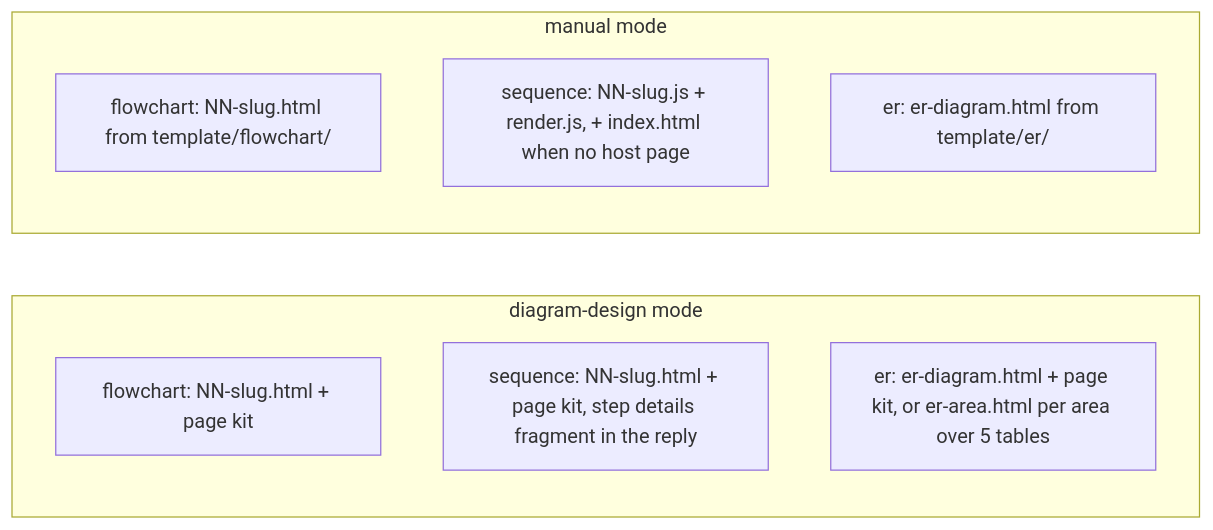
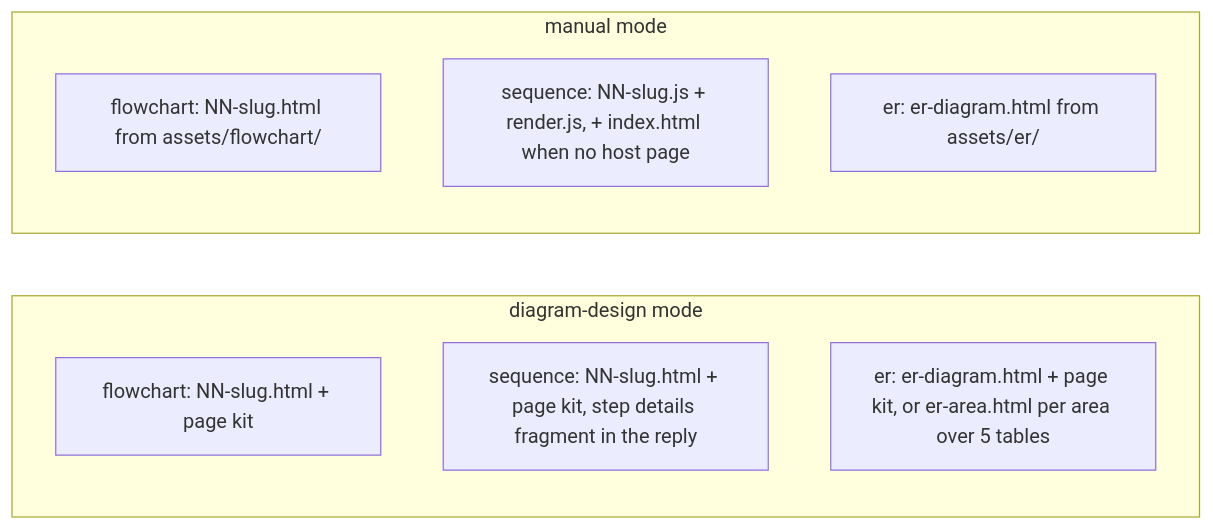
Before and after one commit to naphatwx/naphatwx-tools: the second of 3 diagrams in plugins/naphatwx-tools/skills/generate-diagram/README.md, drawn with Mermaid. The commit also changed other lines of this file and 114 other files, not shown here.

````diff
--- a/plugins/naphatwx-tools/skills/generate-diagram/README.md
+++ b/plugins/naphatwx-tools/skills/generate-diagram/README.md
@@ -46,13 +46,13 @@
 ```mermaid
 graph LR
     subgraph DD["diagram-design mode"]
         D1["flowchart: NN-slug.html + page kit"]
         D2["sequence: NN-slug.html + page kit, step details fragment in the reply"]
         D3["er: er-diagram.html + page kit, or er-area.html per area over 5 tables"]
     end
     subgraph MAN["manual mode"]
-        M1["flowchart: NN-slug.html from template/flowchart/"]
+        M1["flowchart: NN-slug.html from assets/flowchart/"]
         M2["sequence: NN-slug.js + render.js, + index.html when no host page"]
-        M3["er: er-diagram.html from template/er/"]
+        M3["er: er-diagram.html from assets/er/"]
     end
 ```
````
